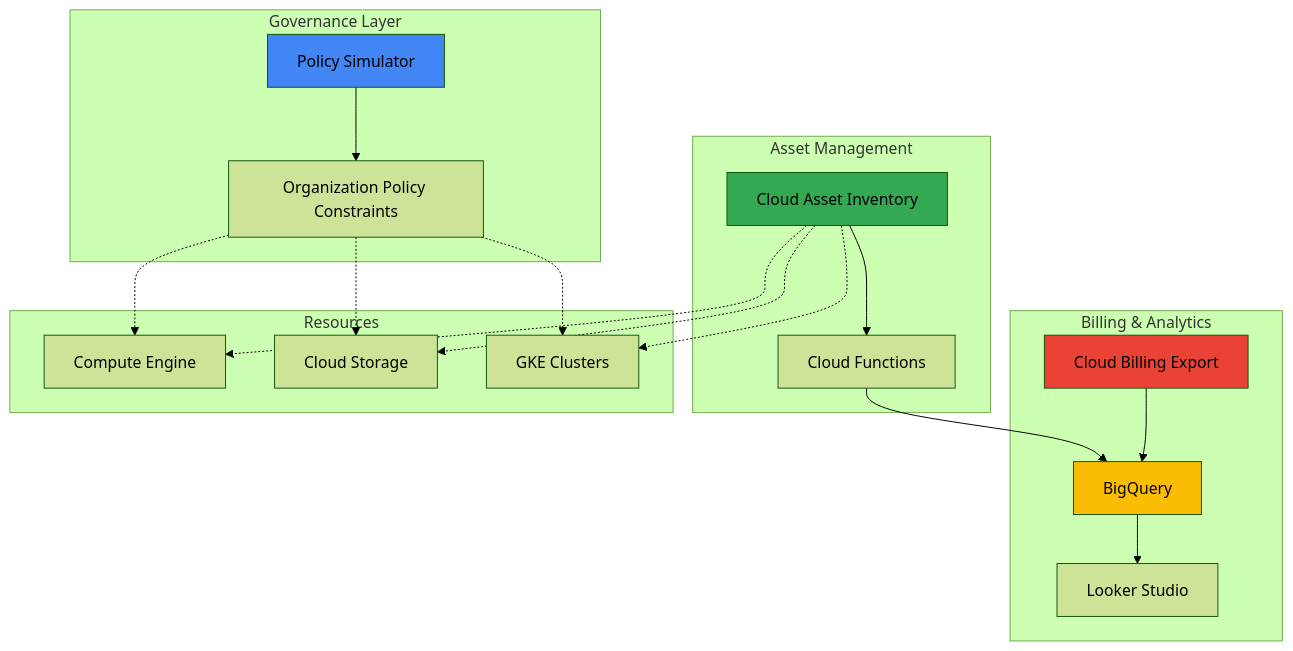
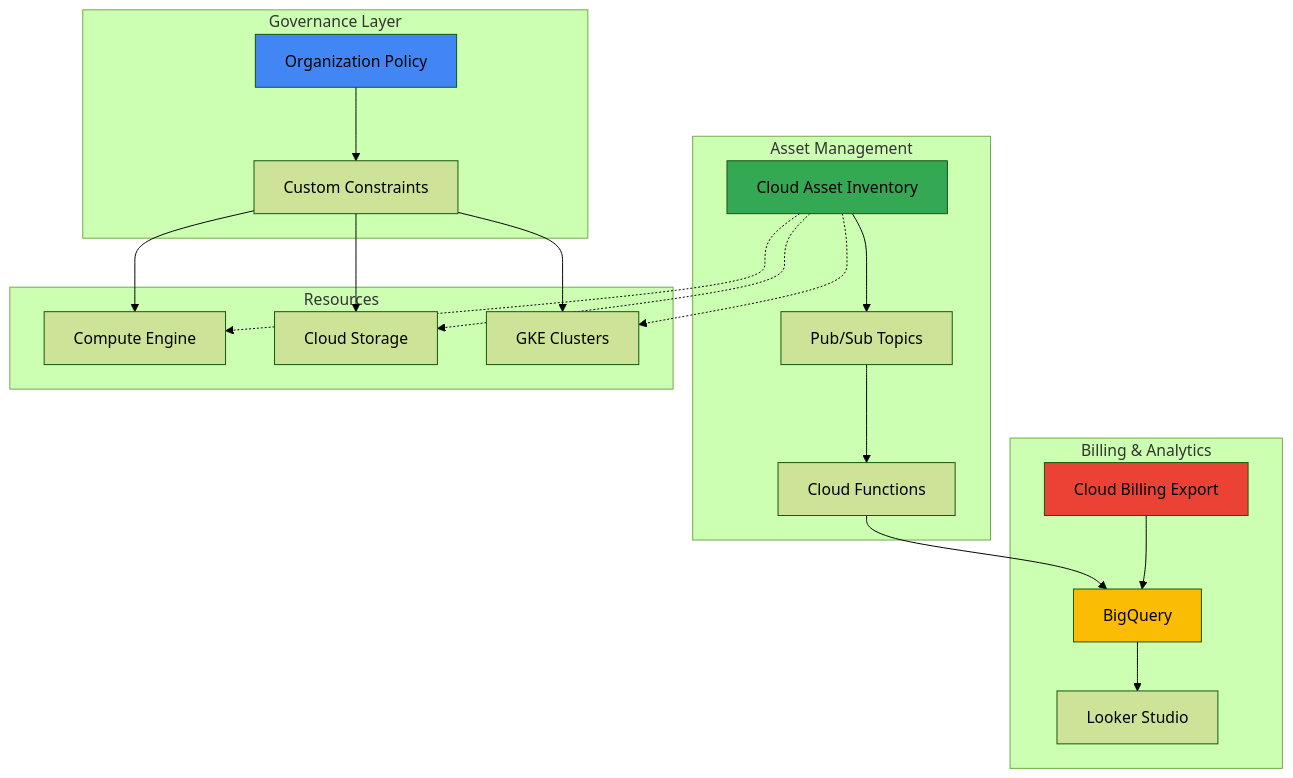
One commit to mzazon/awesome-cloud-projects changed the diagram in gcp/resource-tagging-cost-allocation-policy-simulator-asset-inventory/resource-tagging-cost-allocation-policy-simulator-asset-inventory.md. Above: the diagram before and after it, drawn with Mermaid (forest theme). The commit also changed other lines of this file and 5581 other files, not shown here.

````diff
--- a/gcp/resource-tagging-cost-allocation-policy-simulator-asset-inventory/resource-tagging-cost-allocation-policy-simulator-asset-inventory.md
+++ b/gcp/resource-tagging-cost-allocation-policy-simulator-asset-inventory/resource-tagging-cost-allocation-policy-simulator-asset-inventory.md
@@ -30,43 +30,45 @@
 ```mermaid
 graph TB
     subgraph "Governance Layer"
-        PS[Policy Simulator]
-        OPC[Organization Policy Constraints]
+        OP[Organization Policy]
+        CC[Custom Constraints]
     end
     
     subgraph "Asset Management"
         CAI[Cloud Asset Inventory]
         CF[Cloud Functions]
+        PS[Pub/Sub Topics]
     end
     
     subgraph "Billing & Analytics"
         CB[Cloud Billing Export]
         BQ[BigQuery]
-        DS[Looker Studio]
+        LS[Looker Studio]
     end
     
     subgraph "Resources"
         GCE[Compute Engine]
         GCS[Cloud Storage]
         GKE[GKE Clusters]
     end
     
-    PS --> OPC
-    CAI --> CF
+    OP --> CC
+    CC --> GCE
+    CC --> GCS
+    CC --> GKE
+    
+    CAI --> PS
+    PS --> CF
     CF --> BQ
     CB --> BQ
-    BQ --> DS
-    
-    OPC -.-> GCE
-    OPC -.-> GCS
-    OPC -.-> GKE
+    BQ --> LS
     
     CAI -.-> GCE
     CAI -.-> GCS
     CAI -.-> GKE
     
-    style PS fill:#4285F4
+    style OP fill:#4285F4
     style CAI fill:#34A853
     style CB fill:#EA4335
     style BQ fill:#FBBC04
 ```
````
